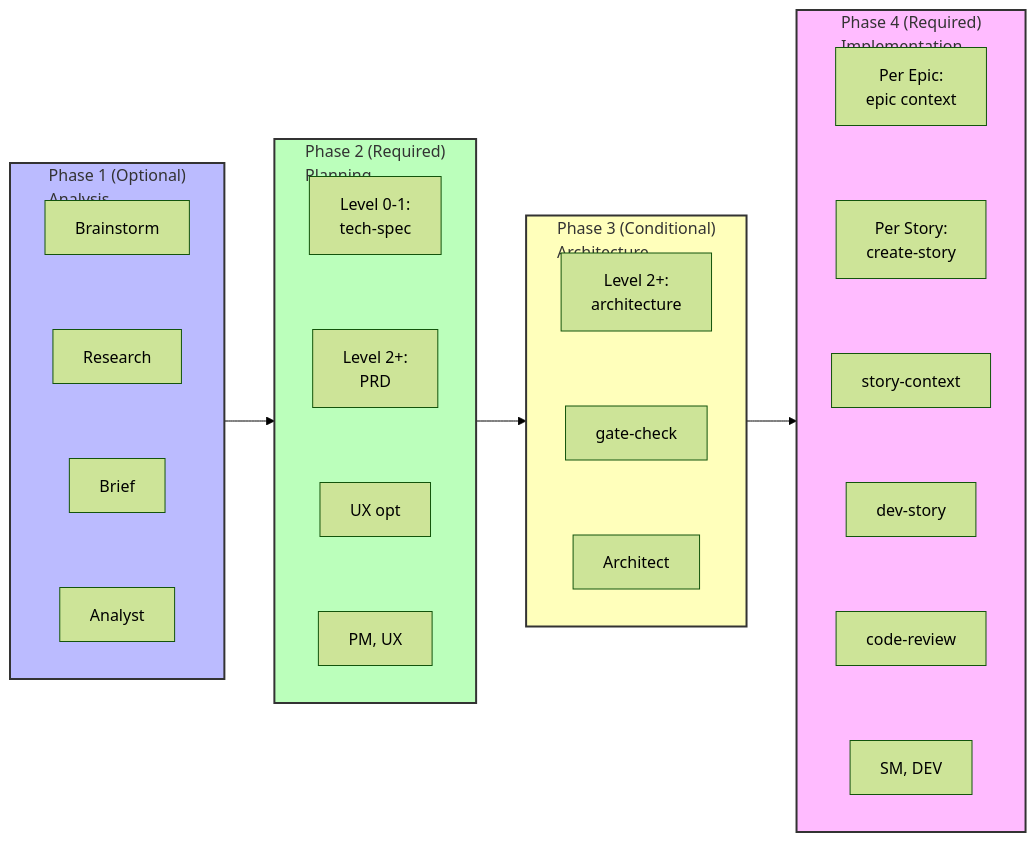
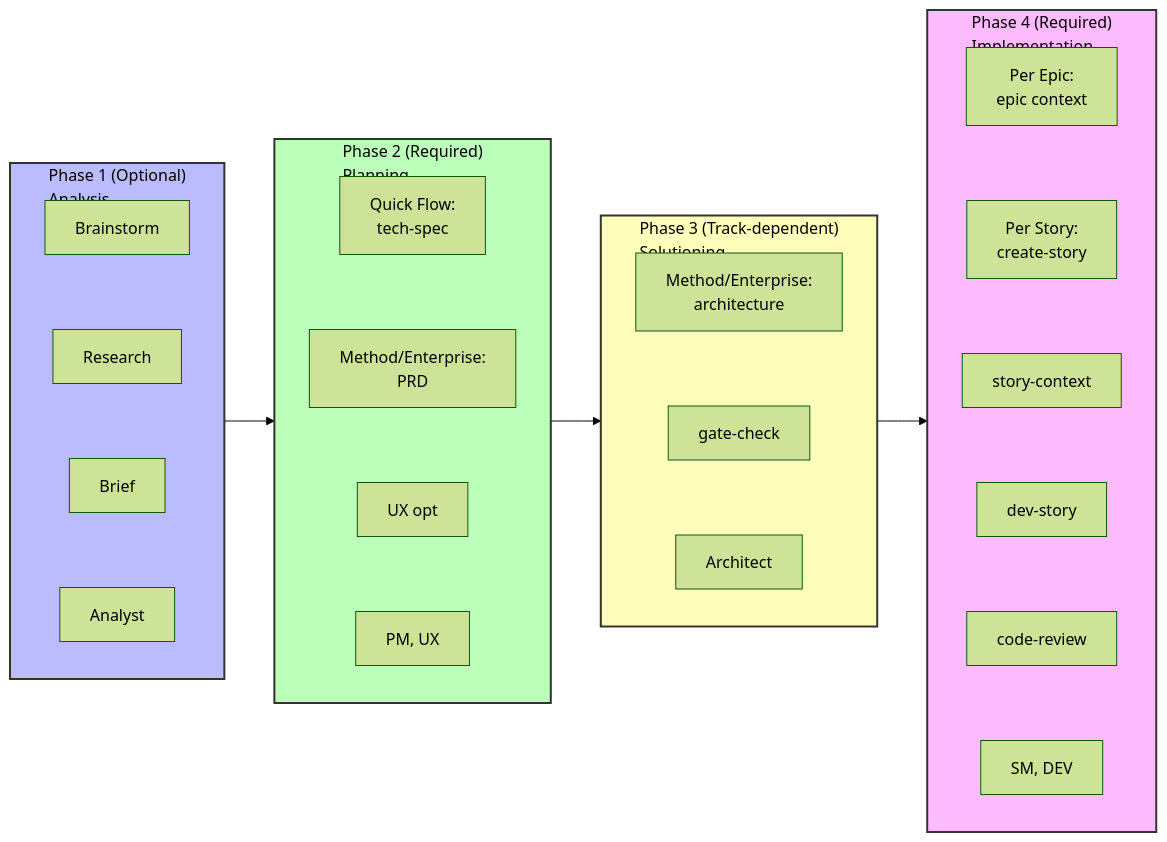
One commit to CSmithy89/agent-orchestrator changed the diagram in bmad/bmm/docs/quick-start.md. Above: the diagram before and after it, drawn with Mermaid (forest theme). The commit also changed other lines of this file and 376 other files, not shown here.

````diff
--- a/bmad/bmm/docs/quick-start.md
+++ b/bmad/bmm/docs/quick-start.md
@@ -283,48 +299,48 @@
 ```mermaid
 flowchart LR
     subgraph P1["Phase 1 (Optional)<br/>Analysis"]
         direction TB
         A1[Brainstorm]
         A2[Research]
         A3[Brief]
         A4[Analyst]
         A1 ~~~ A2 ~~~ A3 ~~~ A4
     end
 
     subgraph P2["Phase 2 (Required)<br/>Planning"]
         direction TB
-        B1[Level 0-1:<br/>tech-spec]
-        B2[Level 2+:<br/>PRD]
+        B1[Quick Flow:<br/>tech-spec]
+        B2[Method/Enterprise:<br/>PRD]
         B3[UX opt]
         B4[PM, UX]
         B1 ~~~ B2 ~~~ B3 ~~~ B4
     end
 
-    subgraph P3["Phase 3 (Conditional)<br/>Architecture"]
+    subgraph P3["Phase 3 (Track-dependent)<br/>Solutioning"]
         direction TB
-        C1[Level 2+:<br/>architecture]
+        C1[Method/Enterprise:<br/>architecture]
         C2[gate-check]
         C3[Architect]
         C1 ~~~ C2 ~~~ C3
     end
 
     subgraph P4["Phase 4 (Required)<br/>Implementation"]
         direction TB
         D1[Per Epic:<br/>epic context]
         D2[Per Story:<br/>create-story]
         D3[story-context]
         D4[dev-story]
         D5[code-review]
         D6[SM, DEV]
         D1 ~~~ D2 ~~~ D3 ~~~ D4 ~~~ D5 ~~~ D6
     end
 
     P1 --> P2
     P2 --> P3
     P3 --> P4
 
-    style P1 fill:#bbf,stroke:#333,stroke-width:2px
-    style P2 fill:#bfb,stroke:#333,stroke-width:2px
-    style P3 fill:#ffb,stroke:#333,stroke-width:2px
-    style P4 fill:#fbf,stroke:#333,stroke-width:2px
+    style P1 fill:#bbf,stroke:#333,stroke-width:2px,color:#000
+    style P2 fill:#bfb,stroke:#333,stroke-width:2px,color:#000
+    style P3 fill:#ffb,stroke:#333,stroke-width:2px,color:#000
+    style P4 fill:#fbf,stroke:#333,stroke-width:2px,color:#000
 ```
````
